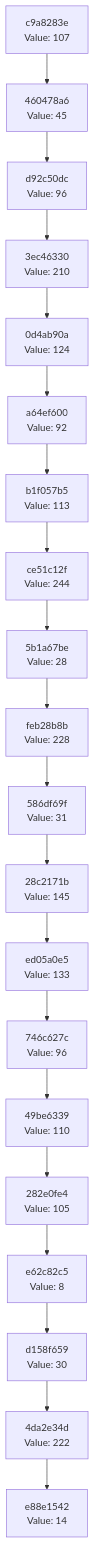
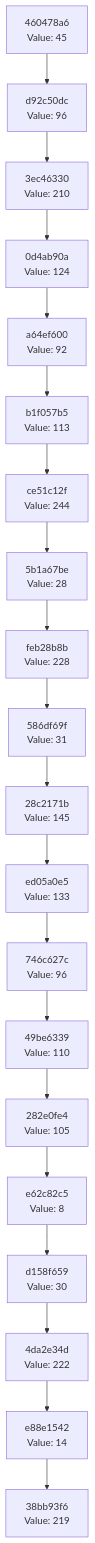
The diagram in docs/CHAIN_VISUALIZATION.md (Abhisheksinha1506/hash-chain-evolver), drawn with Mermaid before and after one commit. The commit also changed 2 other files, not shown here.

Commit message:
Evolution Step

````diff
--- a/docs/CHAIN_VISUALIZATION.md
+++ b/docs/CHAIN_VISUALIZATION.md
@@ -3,42 +3,42 @@
 ```mermaid
 graph TD
-    C0["e88e1542<br/>Value: 14"]
-    C1["4da2e34d<br/>Value: 222"]
+    C0["38bb93f6<br/>Value: 219"]
+    C1["e88e1542<br/>Value: 14"]
     C1 --> C0
-    C2["d158f659<br/>Value: 30"]
+    C2["4da2e34d<br/>Value: 222"]
     C2 --> C1
-    C3["e62c82c5<br/>Value: 8"]
+    C3["d158f659<br/>Value: 30"]
     C3 --> C2
-    C4["282e0fe4<br/>Value: 105"]
+    C4["e62c82c5<br/>Value: 8"]
     C4 --> C3
-    C5["49be6339<br/>Value: 110"]
+    C5["282e0fe4<br/>Value: 105"]
     C5 --> C4
-    C6["746c627c<br/>Value: 96"]
+    C6["49be6339<br/>Value: 110"]
     C6 --> C5
-    C7["ed05a0e5<br/>Value: 133"]
+    C7["746c627c<br/>Value: 96"]
     C7 --> C6
-    C8["28c2171b<br/>Value: 145"]
+    C8["ed05a0e5<br/>Value: 133"]
     C8 --> C7
-    C9["586df69f<br/>Value: 31"]
+    C9["28c2171b<br/>Value: 145"]
     C9 --> C8
-    C10["feb28b8b<br/>Value: 228"]
+    C10["586df69f<br/>Value: 31"]
     C10 --> C9
-    C11["5b1a67be<br/>Value: 28"]
+    C11["feb28b8b<br/>Value: 228"]
     C11 --> C10
-    C12["ce51c12f<br/>Value: 244"]
+    C12["5b1a67be<br/>Value: 28"]
     C12 --> C11
-    C13["b1f057b5<br/>Value: 113"]
+    C13["ce51c12f<br/>Value: 244"]
     C13 --> C12
-    C14["a64ef600<br/>Value: 92"]
+    C14["b1f057b5<br/>Value: 113"]
     C14 --> C13
-    C15["0d4ab90a<br/>Value: 124"]
+    C15["a64ef600<br/>Value: 92"]
     C15 --> C14
-    C16["3ec46330<br/>Value: 210"]
+    C16["0d4ab90a<br/>Value: 124"]
     C16 --> C15
-    C17["d92c50dc<br/>Value: 96"]
+    C17["3ec46330<br/>Value: 210"]
     C17 --> C16
-    C18["460478a6<br/>Value: 45"]
+    C18["d92c50dc<br/>Value: 96"]
     C18 --> C17
-    C19["c9a8283e<br/>Value: 107"]
+    C19["460478a6<br/>Value: 45"]
     C19 --> C18
 ```
````
